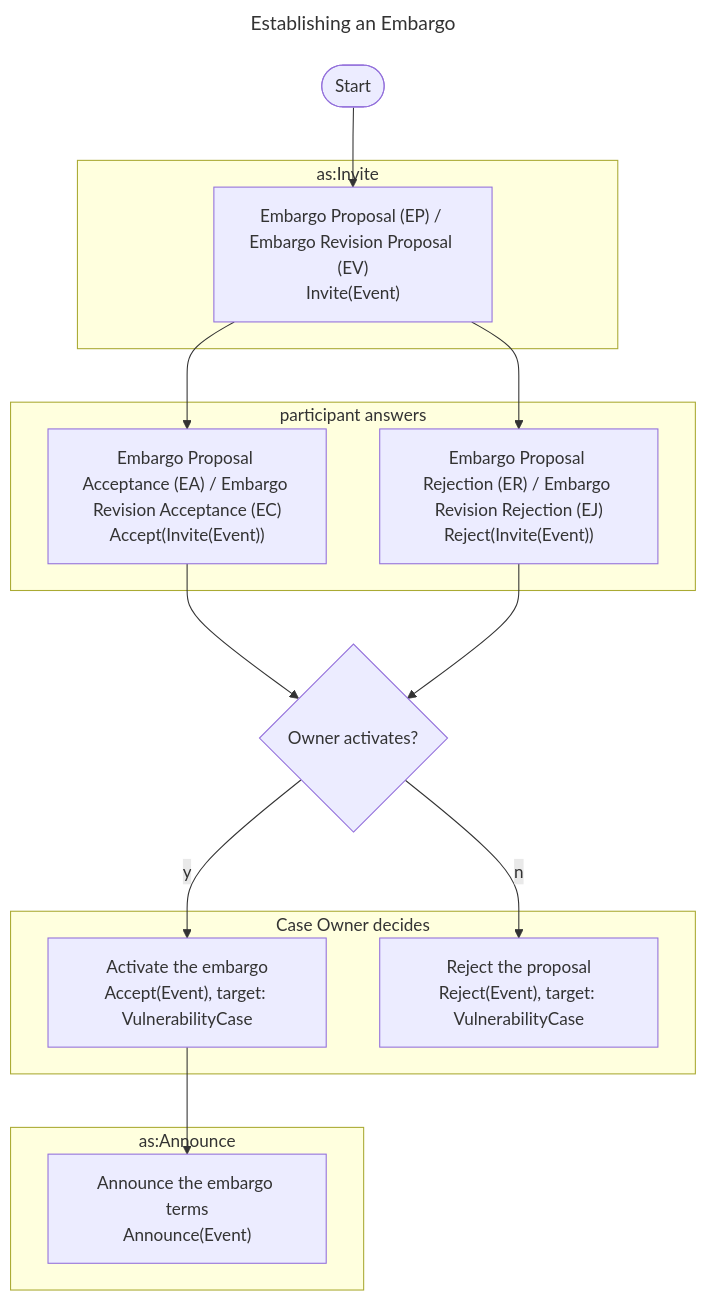
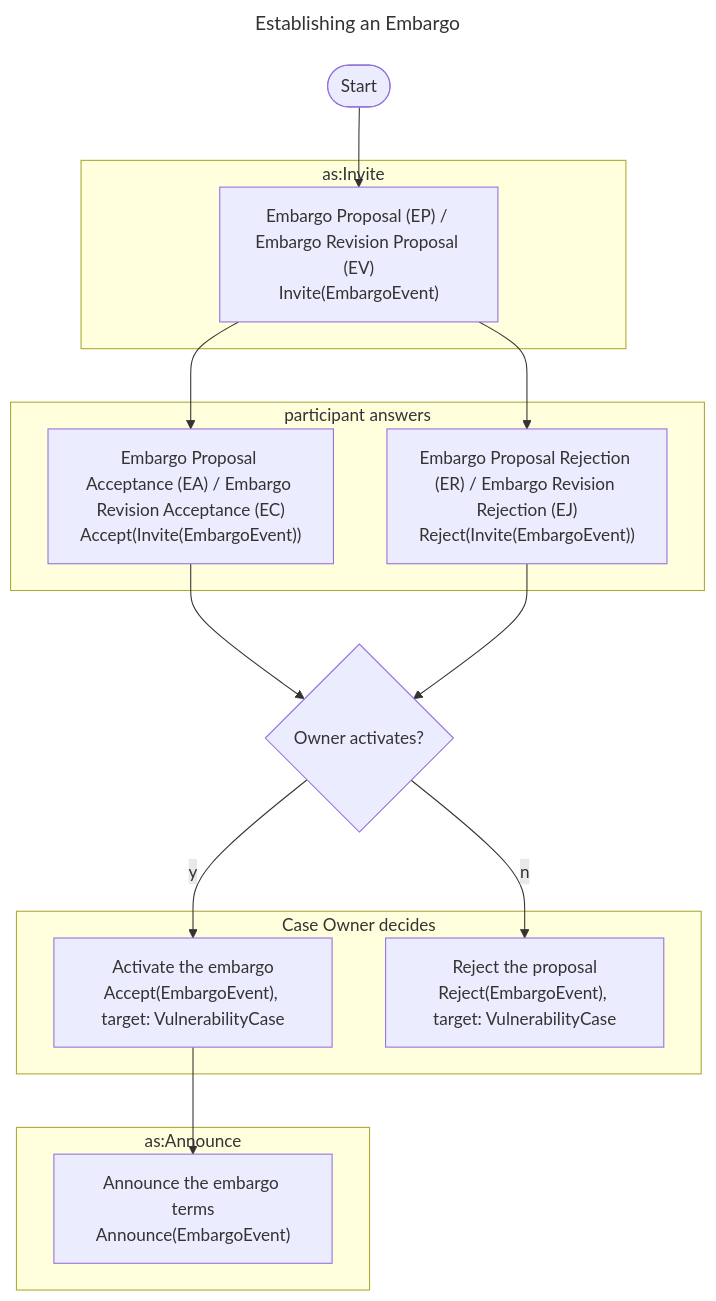
One commit to CERTCC/Vultron changed the diagram in docs/howto/activitypub/activities/establish_embargo.md. Above: the diagram before and after it, drawn with Mermaid. The commit also changed other lines of this file and 54 other files, not shown here.

First line of the commit message:
docs: write the embargo type the sender emits, EmbargoEvent

````diff
--- a/docs/howto/activitypub/activities/establish_embargo.md
+++ b/docs/howto/activitypub/activities/establish_embargo.md
@@ -37,28 +37,28 @@
 ```mermaid
 ---
 title: Establishing an Embargo
 ---
 flowchart TB
     subgraph as:Invite
-        EmProposeEmbargo["Embargo Proposal (EP) / Embargo Revision Proposal (EV)<br/>Invite(Event)"]
+        EmProposeEmbargo["Embargo Proposal (EP) / Embargo Revision Proposal (EV)<br/>Invite(EmbargoEvent)"]
     end
     subgraph participant answers
-        EmAcceptEmbargo["Embargo Proposal Acceptance (EA) / Embargo Revision Acceptance (EC)<br/>Accept(Invite(Event))"]
-        EmRejectEmbargo["Embargo Proposal Rejection (ER) / Embargo Revision Rejection (EJ)<br/>Reject(Invite(Event))"]
+        EmAcceptEmbargo["Embargo Proposal Acceptance (EA) / Embargo Revision Acceptance (EC)<br/>Accept(Invite(EmbargoEvent))"]
+        EmRejectEmbargo["Embargo Proposal Rejection (ER) / Embargo Revision Rejection (EJ)<br/>Reject(Invite(EmbargoEvent))"]
     end
     subgraph Case Owner decides
-        ActivateEmbargo["Activate the embargo<br/>Accept(Event), target: VulnerabilityCase"]
-        RejectEmbargoProposal["Reject the proposal<br/>Reject(Event), target: VulnerabilityCase"]
+        ActivateEmbargo["Activate the embargo<br/>Accept(EmbargoEvent), target: VulnerabilityCase"]
+        RejectEmbargoProposal["Reject the proposal<br/>Reject(EmbargoEvent), target: VulnerabilityCase"]
     end
     subgraph as:Announce
-        AnnounceEmbargo["Announce the embargo terms<br/>Announce(Event)"]
+        AnnounceEmbargo["Announce the embargo terms<br/>Announce(EmbargoEvent)"]
     end
     start([Start]) --> EmProposeEmbargo
     EmProposeEmbargo --> EmAcceptEmbargo
     EmProposeEmbargo --> EmRejectEmbargo
     EmAcceptEmbargo --> d{Owner activates?}
     EmRejectEmbargo --> d
     d -->|y| ActivateEmbargo
     d -->|n| RejectEmbargoProposal
     ActivateEmbargo --> AnnounceEmbargo
 ```
````
